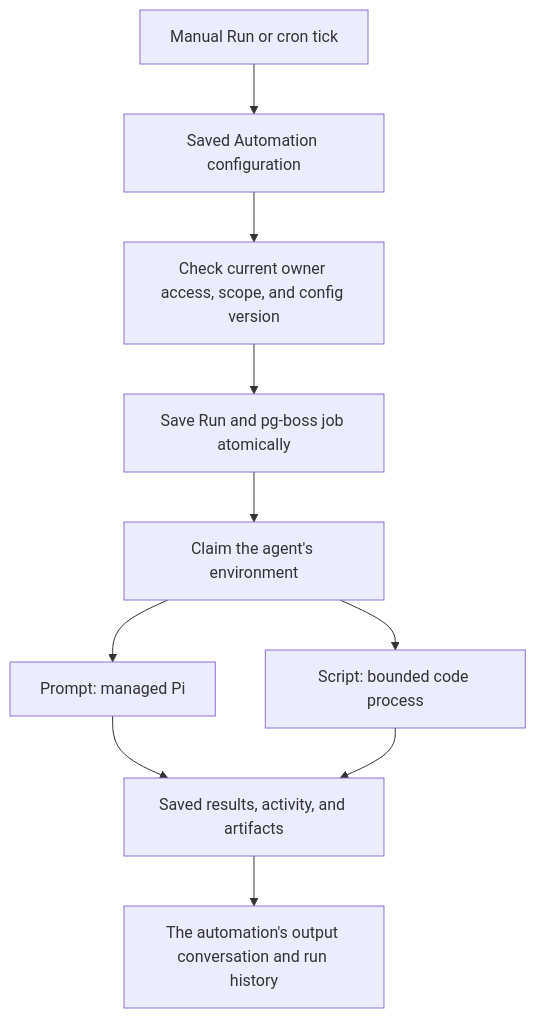
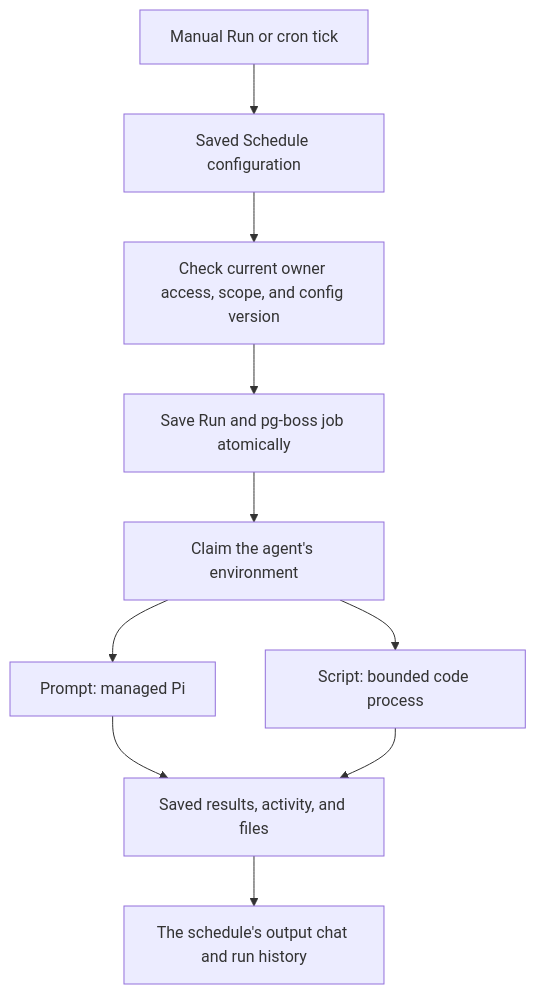
The sixth of 10 diagrams in docs/otto/plan.md (hellogafaro/otto), drawn with Mermaid before and after one commit. The commit also changed other lines of this file and 174 other files, not shown here.

````diff
--- a/docs/otto/plan.md
+++ b/docs/otto/plan.md
@@ -181,12 +183,12 @@
 ```mermaid
 flowchart TB
-  T[Manual Run or cron tick] --> A[Saved Automation configuration]
+  T[Manual Run or cron tick] --> A[Saved Schedule configuration]
   A --> V[Check current owner access, scope, and config version]
   V --> R[Save Run and pg-boss job atomically]
   R --> E[Claim the agent's environment]
   E --> P[Prompt: managed Pi]
   E --> S[Script: bounded code process]
-  P --> O[Saved results, activity, and artifacts]
+  P --> O[Saved results, activity, and files]
   S --> O
-  O --> C[The automation's output conversation and run history]
+  O --> C[The schedule's output chat and run history]
 ```
````
